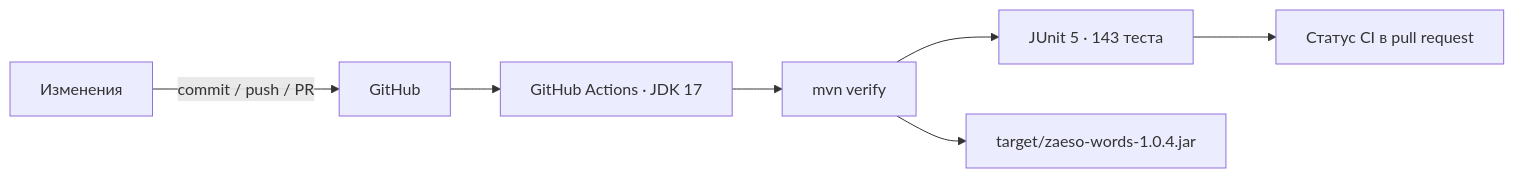
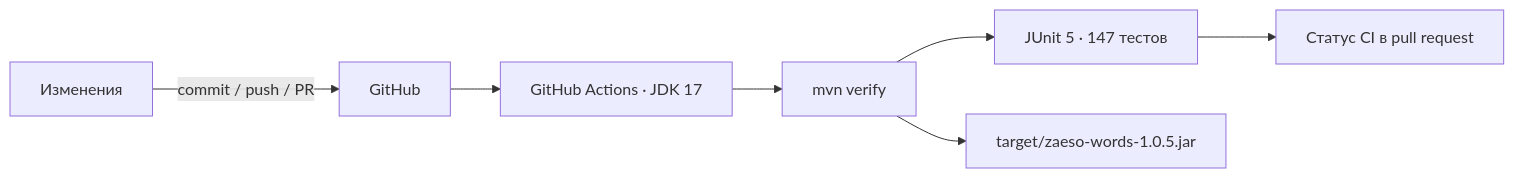
One commit to zaeso/zaeso-Words changed the third of 4 diagrams in zaeso-Words-Roadmap.md. Above: the diagram before and after it, drawn with Mermaid. The commit also changed other lines of this file and 9 other files, not shown here.

````diff
--- a/zaeso-Words-Roadmap.md
+++ b/zaeso-Words-Roadmap.md
@@ -291,9 +299,9 @@
 ```mermaid
 flowchart LR
     DEV["Изменения"] -->|"commit / push / PR"| GH["GitHub"]
     GH --> CI["GitHub Actions · JDK 17"]
     CI --> MVN["mvn verify"]
-    MVN --> TESTS["JUnit 5 · 143 теста"]
-    MVN --> JAR["target/zaeso-words-1.0.4.jar"]
+    MVN --> TESTS["JUnit 5 · 147 тестов"]
+    MVN --> JAR["target/zaeso-words-1.0.5.jar"]
     TESTS --> STATUS["Статус CI в pull request"]
 ```
````
